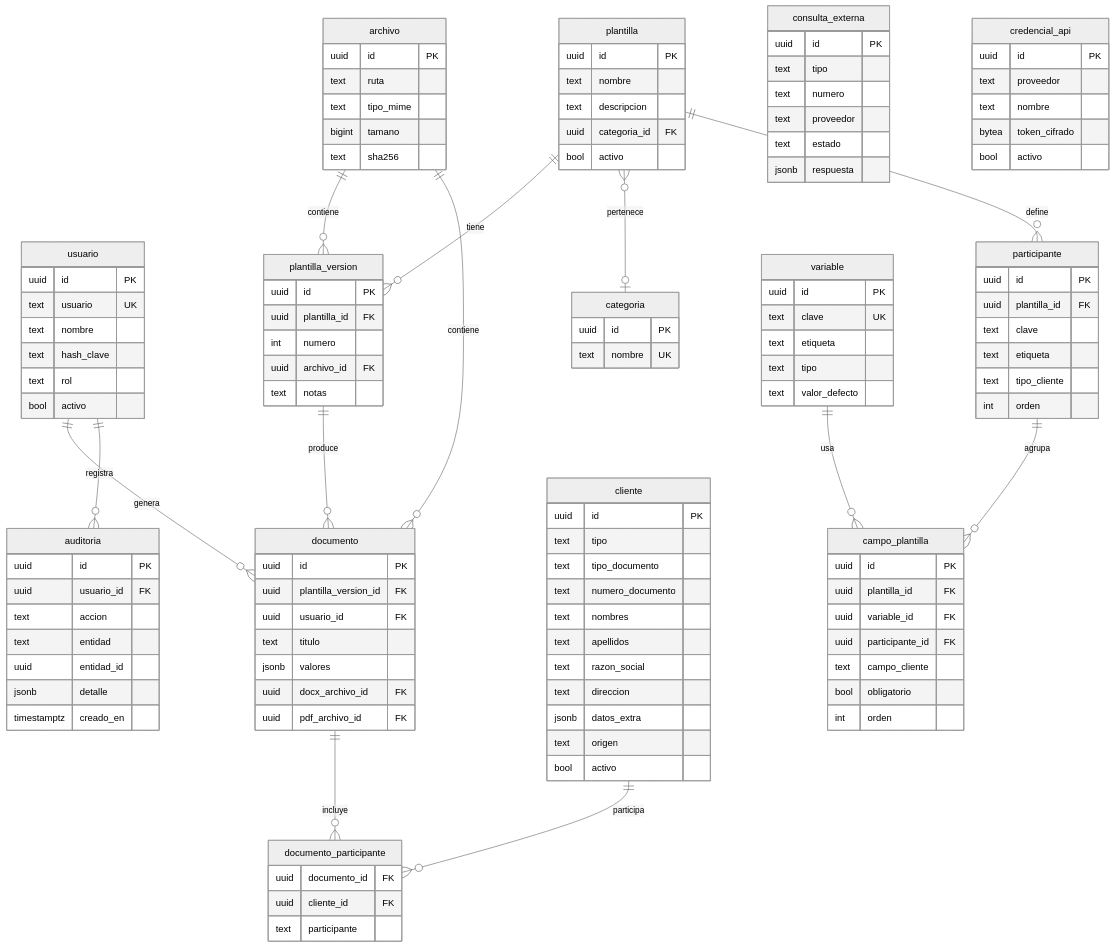
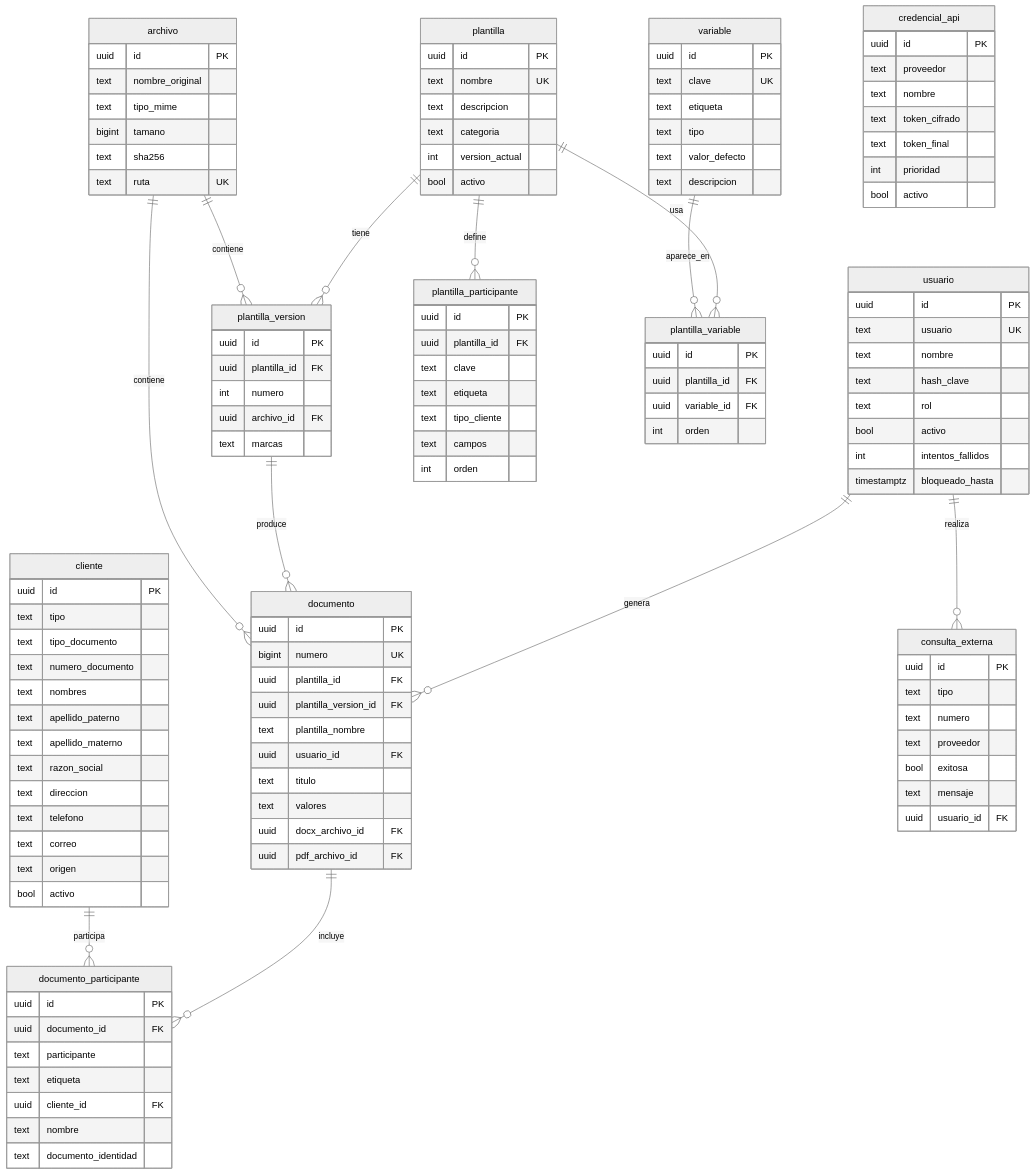
One commit to Will-M7/Documentos changed the second of 3 diagrams in docs/ARQUITECTURA.md. Above: the diagram before and after it, drawn with Mermaid (neutral theme). The commit also changed other lines of this file and 3 other files, not shown here.

````diff
--- a/docs/ARQUITECTURA.md
+++ b/docs/ARQUITECTURA.md
@@ -253,16 +270,15 @@
 erDiagram
     usuario ||--o{ documento : genera
     plantilla ||--o{ plantilla_version : tiene
-    plantilla }o--o| categoria : pertenece
-    plantilla ||--o{ participante : define
-    participante ||--o{ campo_plantilla : agrupa
-    variable ||--o{ campo_plantilla : usa
+    plantilla ||--o{ plantilla_participante : define
+    plantilla ||--o{ plantilla_variable : usa
+    variable ||--o{ plantilla_variable : aparece_en
     plantilla_version ||--o{ documento : produce
     documento ||--o{ documento_participante : incluye
     cliente ||--o{ documento_participante : participa
     archivo ||--o{ plantilla_version : contiene
     archivo ||--o{ documento : contiene
-    usuario ||--o{ auditoria : registra
+    usuario ||--o{ consulta_externa : realiza
 
     usuario {
         uuid id PK
@@ -271,6 +287,8 @@
         text hash_clave
         text rol
         bool activo
+        int intentos_fallidos
+        timestamptz bloqueado_hasta
     }
     cliente {
         uuid id PK
@@ -278,22 +296,29 @@
         text tipo_documento
         text numero_documento
         text nombres
-        text apellidos
+        text apellido_paterno
+        text apellido_materno
         text razon_social
         text direccion
-        jsonb datos_extra
+        text telefono
+        text correo
         text origen
         bool activo
     }
-    categoria {
+    variable {
         uuid id PK
-        text nombre UK
+        text clave UK
+        text etiqueta
+        text tipo
+        text valor_defecto
+        text descripcion
     }
     plantilla {
         uuid id PK
-        text nombre
+        text nombre UK
         text descripcion
-        uuid categoria_id FK
+        text categoria
+        int version_actual
         bool activo
     }
     plantilla_version {
@@ -301,75 +326,68 @@
         uuid plantilla_id FK
         int numero
         uuid archivo_id FK
-        text notas
+        text marcas
     }
-    variable {
-        uuid id PK
-        text clave UK
-        text etiqueta
-        text tipo
-        text valor_defecto
-    }
-    participante {
+    plantilla_participante {
         uuid id PK
         uuid plantilla_id FK
         text clave
         text etiqueta
         text tipo_cliente
+        text campos
         int orden
     }
-    campo_plantilla {
+    plantilla_variable {
         uuid id PK
         uuid plantilla_id FK
         uuid variable_id FK
-        uuid participante_id FK
-        text campo_cliente
-        bool obligatorio
         int orden
     }
     documento {
         uuid id PK
+        bigint numero UK
+        uuid plantilla_id FK
         uuid plantilla_version_id FK
+        text plantilla_nombre
         uuid usuario_id FK
         text titulo
-        jsonb valores
+        text valores
         uuid docx_archivo_id FK
         uuid pdf_archivo_id FK
     }
     documento_participante {
+        uuid id PK
         uuid documento_id FK
+        text participante
+        text etiqueta
         uuid cliente_id FK
-        text participante
+        text nombre
+        text documento_identidad
     }
     archivo {
         uuid id PK
-        text ruta
+        text nombre_original
         text tipo_mime
         bigint tamano
         text sha256
+        text ruta UK
+    }
+    credencial_api {
+        uuid id PK
+        text proveedor
+        text nombre
+        text token_cifrado
+        text token_final
+        int prioridad
+        bool activo
     }
     consulta_externa {
         uuid id PK
         text tipo
         text numero
         text proveedor
-        text estado
-        jsonb respuesta
-    }
-    credencial_api {
-        uuid id PK
-        text proveedor
-        text nombre
-        bytea token_cifrado
-        bool activo
-    }
-    auditoria {
-        uuid id PK
+        bool exitosa
+        text mensaje
         uuid usuario_id FK
-        text accion
-        text entidad
-        uuid entidad_id
-        jsonb detalle
-        timestamptz creado_en
     }
 ```
````
